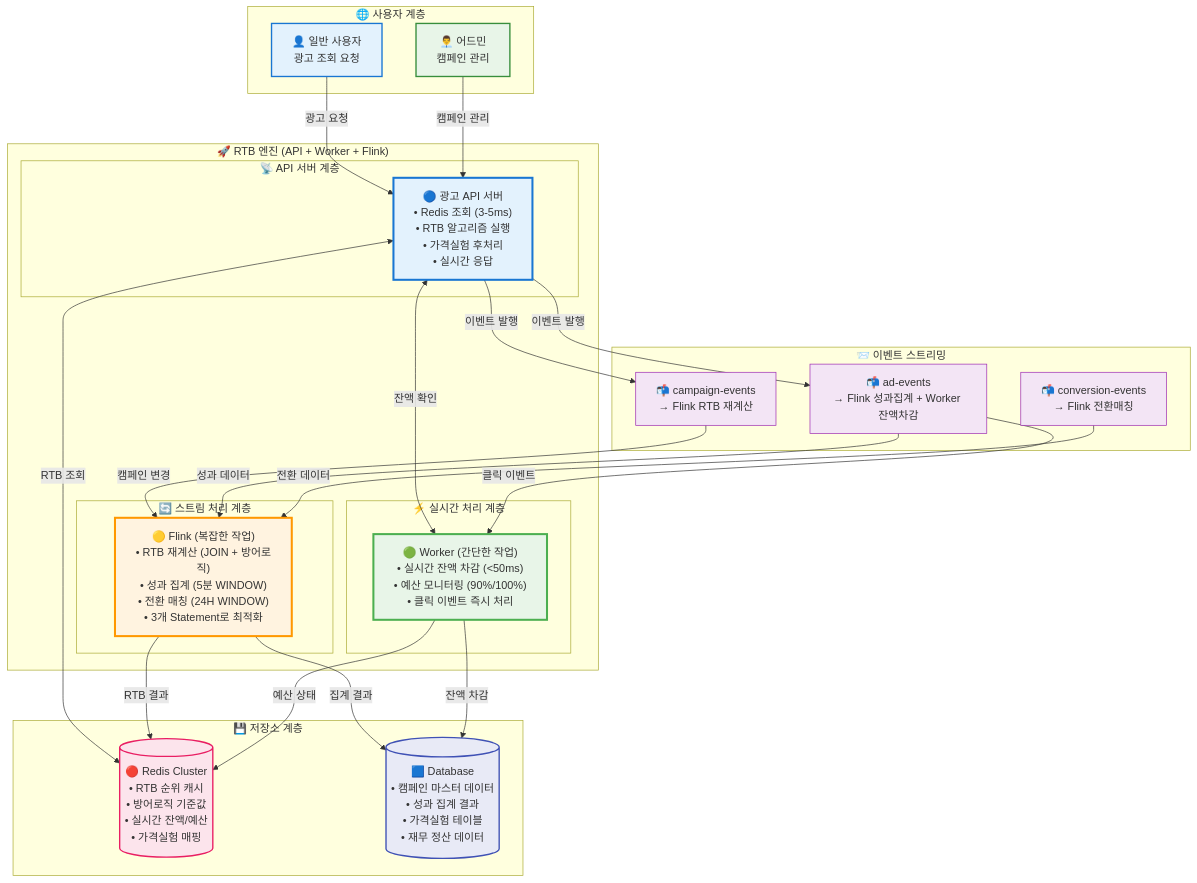
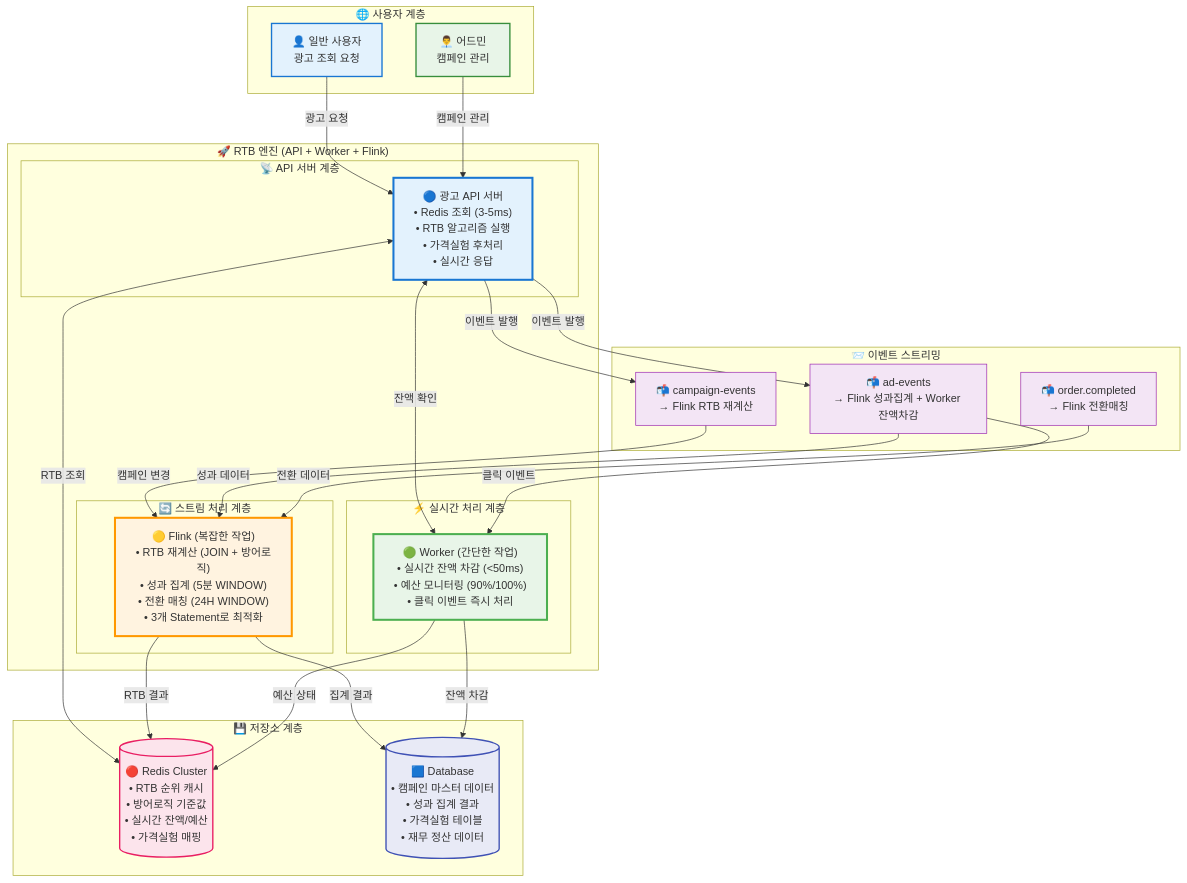
The first of 5 diagrams in docs/2. 설계/2-2. 아키텍처.md (smk692/advertisement-project), drawn with Mermaid before and after one commit. The commit also changed other lines of this file and 5 other files, not shown here.

Commit message:
refactor: conversion-events를 order.completed로 변경 및 스키마 업데이트 - 토픽명 변경: conversion-events → order.completed - 실제 커머스 시스템에서 발행되는 토픽에 맞춰 스키마 단순화 - 필드 변경: user_id, mobile_device_id, order_id만 포함 - Flink SQL 매칭 로직 업데이트: mobile_device_id 기준 매칭 - API 문서 및 설계 문서 전체 동기화

````diff
--- a/docs/2. 설계/2-2. 아키텍처.md
+++ b/docs/2. 설계/2-2. 아키텍처.md
@@ -26,66 +26,66 @@
 ```mermaid
 graph TB
     subgraph "🌐 사용자 계층"
         User["👤 일반 사용자<br/>광고 조회 요청"]
         Admin["👨‍💼 어드민<br/>캠페인 관리"]
     end
     
     subgraph "🚀 RTB 엔진 (API + Worker + Flink)"
         subgraph "📡 API 서버 계층"
             API["🔵 광고 API 서버<br/>• Redis 조회 (3-5ms)<br/>• RTB 알고리즘 실행<br/>• 가격실험 후처리<br/>• 실시간 응답"]
         end
         
         subgraph "⚡ 실시간 처리 계층"
             Worker["🟢 Worker (간단한 작업)<br/>• 실시간 잔액 차감 (<50ms)<br/>• 예산 모니터링 (90%/100%)<br/>• 클릭 이벤트 즉시 처리"]
         end
         
         subgraph "🔄 스트림 처리 계층"
             Flink["🟡 Flink (복잡한 작업)<br/>• RTB 재계산 (JOIN + 방어로직)<br/>• 성과 집계 (5분 WINDOW)<br/>• 전환 매칭 (24H WINDOW)<br/>• 3개 Statement로 최적화"]
         end
     end
     
     subgraph "💾 저장소 계층"
         Redis[("🔴 Redis Cluster<br/>• RTB 순위 캐시<br/>• 방어로직 기준값<br/>• 실시간 잔액/예산<br/>• 가격실험 매핑")]
         DB[("🟦 Database<br/>• 캠페인 마스터 데이터<br/>• 성과 집계 결과<br/>• 가격실험 테이블<br/>• 재무 정산 데이터")]
     end
     
     subgraph "📨 이벤트 스트리밍"
         K1["📬 campaign-events<br/>→ Flink RTB 재계산"]
         K2["📬 ad-events<br/>→ Flink 성과집계 + Worker 잔액차감"]
-        K3["📬 conversion-events<br/>→ Flink 전환매칭"]
+        K3["📬 order.completed<br/>→ Flink 전환매칭"]
     end
     
     %% 사용자 플로우
     User --> |광고 요청| API
     Admin --> |캠페인 관리| API
     
     %% API 서버 연결
     API <--> |RTB 조회| Redis
     API --> |이벤트 발행| K1
     API --> |이벤트 발행| K2
     API <--> |잔액 확인| Worker
     
     %% 이벤트 처리
     K1 --> |캠페인 변경| Flink
     K2 --> |성과 데이터| Flink
     K2 --> |클릭 이벤트| Worker
     K3 --> |전환 데이터| Flink
     
     %% 데이터 저장
     Flink --> |RTB 결과| Redis
     Flink --> |집계 결과| DB
     Worker --> |잔액 차감| DB
     Worker --> |예산 상태| Redis
     
     %% 스타일링
     style User fill:#e3f2fd,stroke:#1976d2,stroke-width:2px
     style Admin fill:#e8f5e8,stroke:#388e3c,stroke-width:2px
     style API fill:#e3f2fd,stroke:#1976d2,stroke-width:3px
     style Worker fill:#e8f5e8,stroke:#4caf50,stroke-width:3px
     style Flink fill:#fff3e0,stroke:#ff9800,stroke-width:3px
     style Redis fill:#fce4ec,stroke:#e91e63,stroke-width:2px
     style DB fill:#e8eaf6,stroke:#3f51b5,stroke-width:2px
     style K1 fill:#f3e5f5,stroke:#9c27b0,stroke-width:1px
     style K2 fill:#f3e5f5,stroke:#9c27b0,stroke-width:1px
     style K3 fill:#f3e5f5,stroke:#9c27b0,stroke-width:1px
 ```
````
